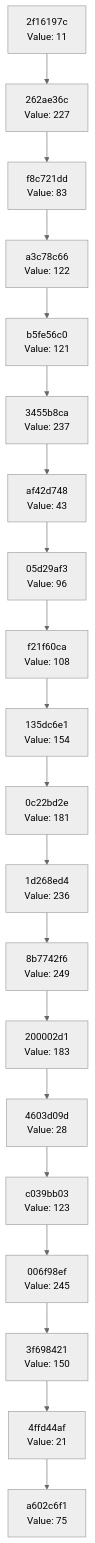
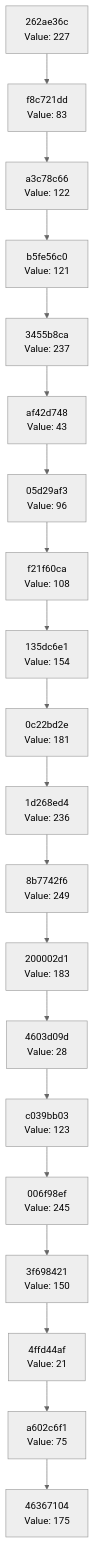
The diagram in docs/CHAIN_VISUALIZATION.md (Abhisheksinha1506/hash-chain-evolver), drawn with Mermaid (neutral theme) before and after one commit. The commit also changed 3 other files, not shown here.

````diff
--- a/docs/CHAIN_VISUALIZATION.md
+++ b/docs/CHAIN_VISUALIZATION.md
@@ -3,42 +3,42 @@
 ```mermaid
 graph TD
-    C0["a602c6f1<br/>Value: 75"]
-    C1["4ffd44af<br/>Value: 21"]
+    C0["46367104<br/>Value: 175"]
+    C1["a602c6f1<br/>Value: 75"]
     C1 --> C0
-    C2["3f698421<br/>Value: 150"]
+    C2["4ffd44af<br/>Value: 21"]
     C2 --> C1
-    C3["006f98ef<br/>Value: 245"]
+    C3["3f698421<br/>Value: 150"]
     C3 --> C2
-    C4["c039bb03<br/>Value: 123"]
+    C4["006f98ef<br/>Value: 245"]
     C4 --> C3
-    C5["4603d09d<br/>Value: 28"]
+    C5["c039bb03<br/>Value: 123"]
     C5 --> C4
-    C6["200002d1<br/>Value: 183"]
+    C6["4603d09d<br/>Value: 28"]
     C6 --> C5
-    C7["8b7742f6<br/>Value: 249"]
+    C7["200002d1<br/>Value: 183"]
     C7 --> C6
-    C8["1d268ed4<br/>Value: 236"]
+    C8["8b7742f6<br/>Value: 249"]
     C8 --> C7
-    C9["0c22bd2e<br/>Value: 181"]
+    C9["1d268ed4<br/>Value: 236"]
     C9 --> C8
-    C10["135dc6e1<br/>Value: 154"]
+    C10["0c22bd2e<br/>Value: 181"]
     C10 --> C9
-    C11["f21f60ca<br/>Value: 108"]
+    C11["135dc6e1<br/>Value: 154"]
     C11 --> C10
-    C12["05d29af3<br/>Value: 96"]
+    C12["f21f60ca<br/>Value: 108"]
     C12 --> C11
-    C13["af42d748<br/>Value: 43"]
+    C13["05d29af3<br/>Value: 96"]
     C13 --> C12
-    C14["3455b8ca<br/>Value: 237"]
+    C14["af42d748<br/>Value: 43"]
     C14 --> C13
-    C15["b5fe56c0<br/>Value: 121"]
+    C15["3455b8ca<br/>Value: 237"]
     C15 --> C14
-    C16["a3c78c66<br/>Value: 122"]
+    C16["b5fe56c0<br/>Value: 121"]
     C16 --> C15
-    C17["f8c721dd<br/>Value: 83"]
+    C17["a3c78c66<br/>Value: 122"]
     C17 --> C16
-    C18["262ae36c<br/>Value: 227"]
+    C18["f8c721dd<br/>Value: 83"]
     C18 --> C17
-    C19["2f16197c<br/>Value: 11"]
+    C19["262ae36c<br/>Value: 227"]
     C19 --> C18
 ```
````
